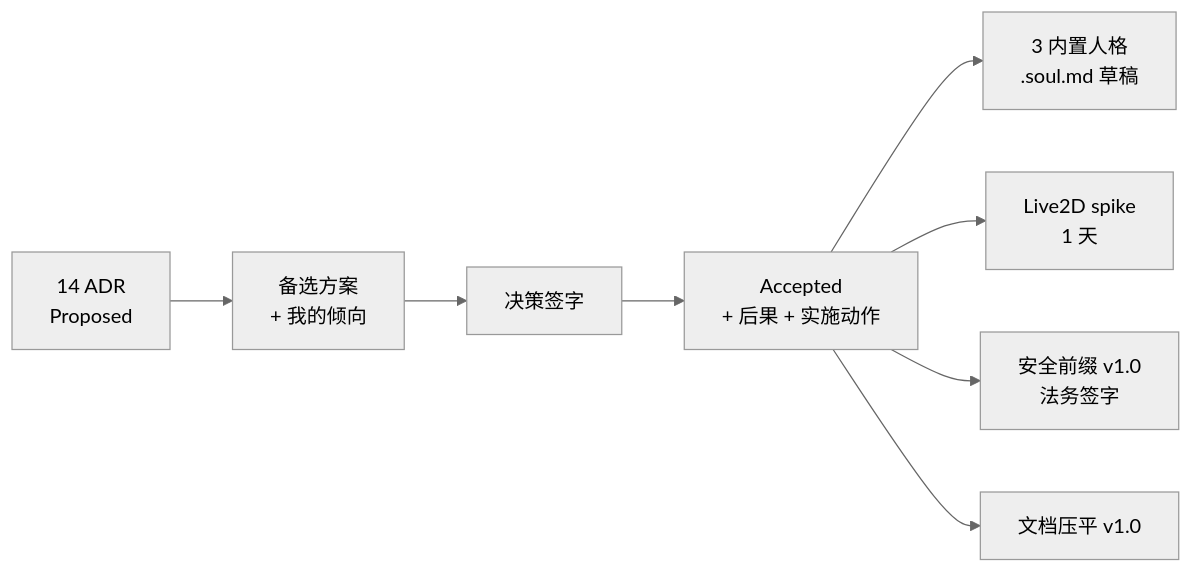
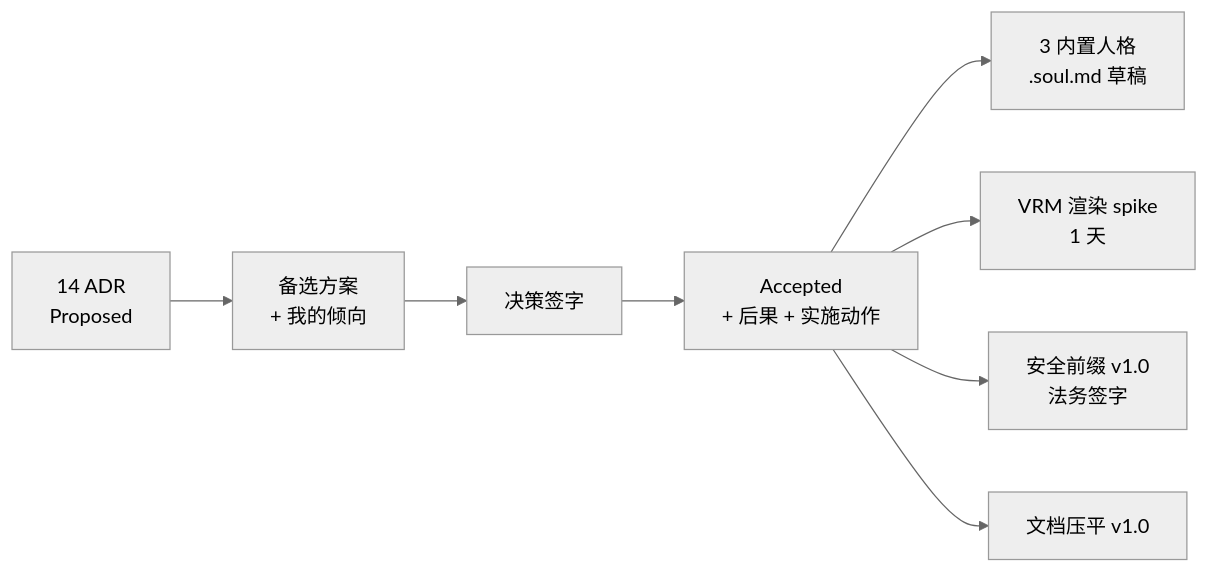
The sixth of 16 diagrams in docs/AIPET-obsidian/2026-05-01-development-roadmap-v1.0.md (tl0502/aipet), drawn with Mermaid (neutral theme) before and after one commit. The commit also changed other lines of this file and 11 other files, not shown here.

First line of the commit message:
docs(baseline): align v1.0 to VRM, supersede Live2D ADR-002/003

````diff
--- a/docs/AIPET-obsidian/2026-05-01-development-roadmap-v1.0.md
+++ b/docs/AIPET-obsidian/2026-05-01-development-roadmap-v1.0.md
@@ -297,10 +297,10 @@
 ```mermaid
 graph LR
     A[14 ADR<br/>Proposed] --> B[备选方案<br/>+ 我的倾向]
     B --> C[决策签字]
     C --> D[Accepted<br/>+ 后果 + 实施动作]
     D --> E[3 内置人格<br/>.soul.md 草稿]
-    D --> F[Live2D spike<br/>1 天]
+    D --> F[VRM 渲染 spike<br/>1 天]
     D --> G[安全前缀 v1.0<br/>法务签字]
     D --> H[文档压平 v1.0]
 ```
````
